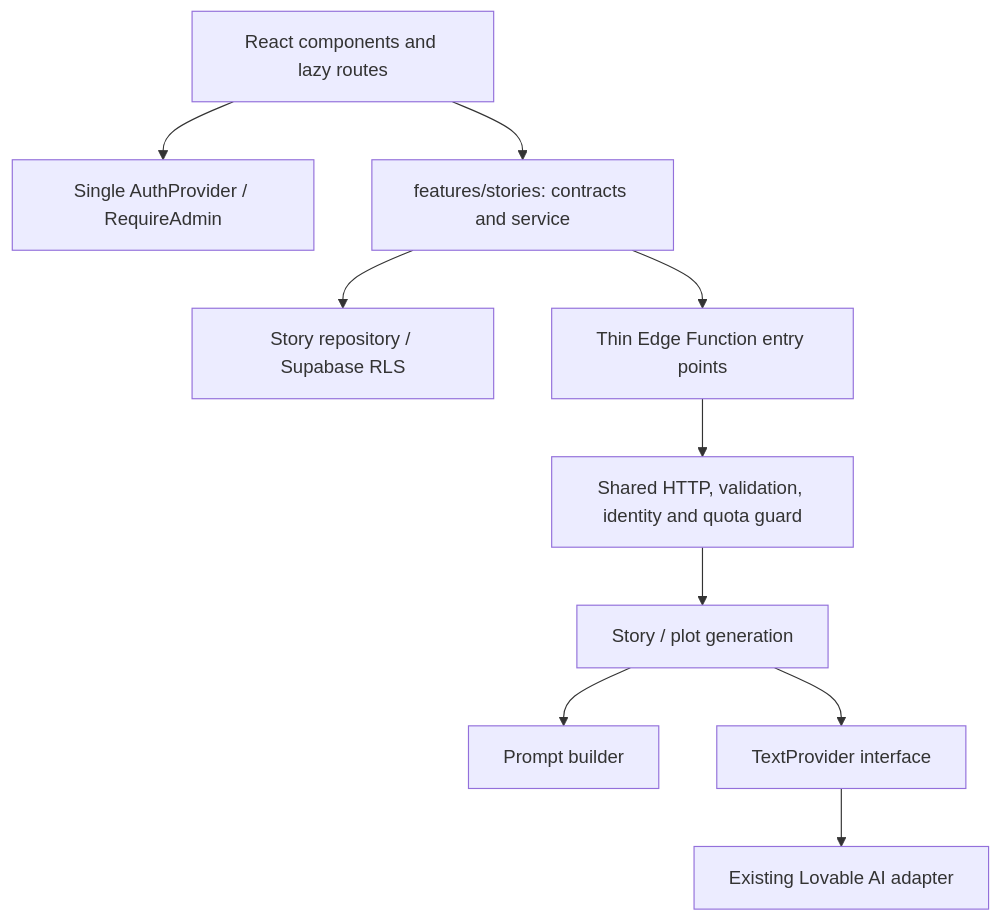
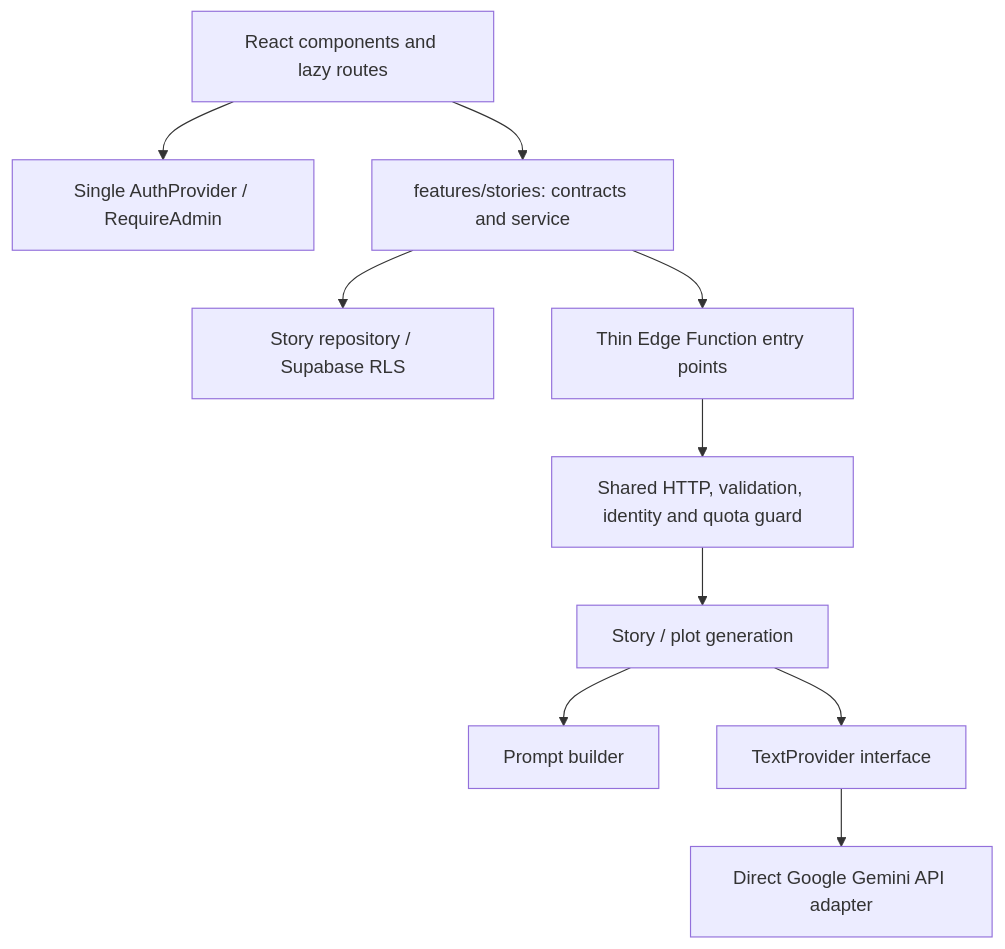
The diagram in docs/CURRENT_ARCHITECTURE.md (aiplusone1-creator/Bubbleverse), drawn with Mermaid before and after one commit. The commit also changed other lines of this file and 7 other files, not shown here.

Commit message:
feat(ai): finalize complete Lovable removal with direct Google Gemini integration and AG-003.1 review

````diff
--- a/docs/CURRENT_ARCHITECTURE.md
+++ b/docs/CURRENT_ARCHITECTURE.md
@@ -9,12 +9,12 @@
 ```mermaid
 flowchart TD
   UI[React components and lazy routes] --> Auth[Single AuthProvider / RequireAdmin]
   UI --> Stories[features/stories: contracts and service]
   Stories --> Repo[Story repository / Supabase RLS]
   Stories --> Entry[Thin Edge Function entry points]
   Entry --> Guard[Shared HTTP, validation, identity and quota guard]
   Guard --> Domain[Story / plot generation]
   Domain --> Prompt[Prompt builder]
   Domain --> Port[TextProvider interface]
-  Port --> Adapter[Existing Lovable AI adapter]
+  Port --> Adapter[Direct Google Gemini API adapter]
 ```
````
